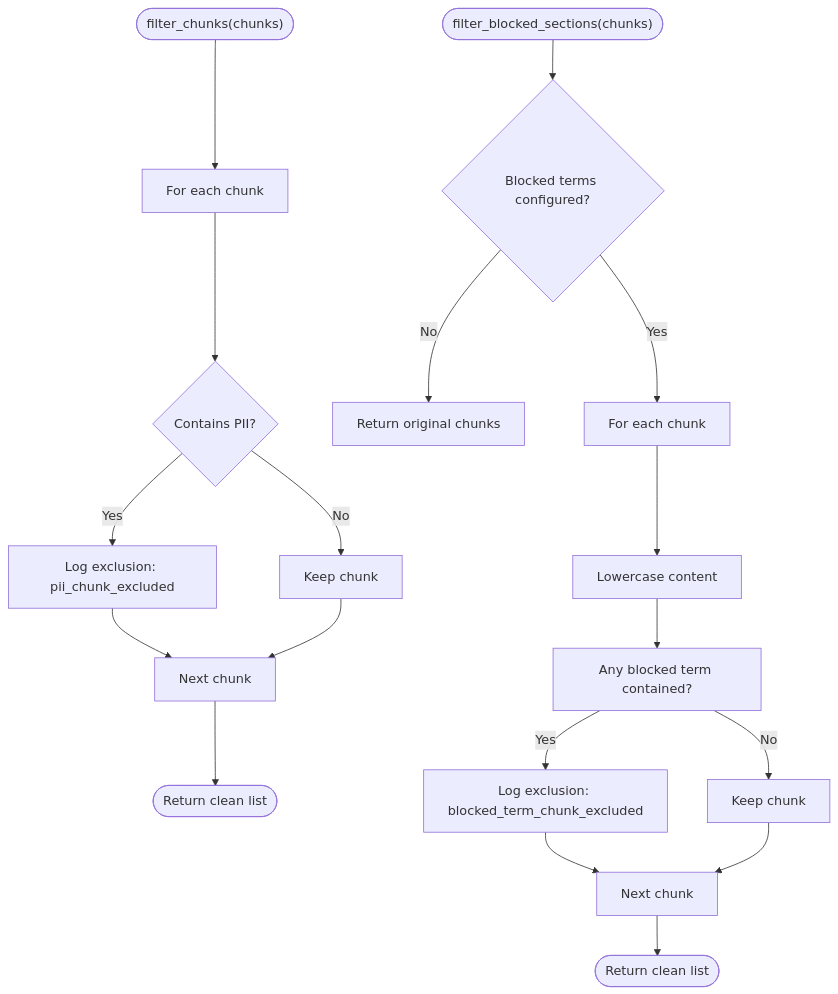
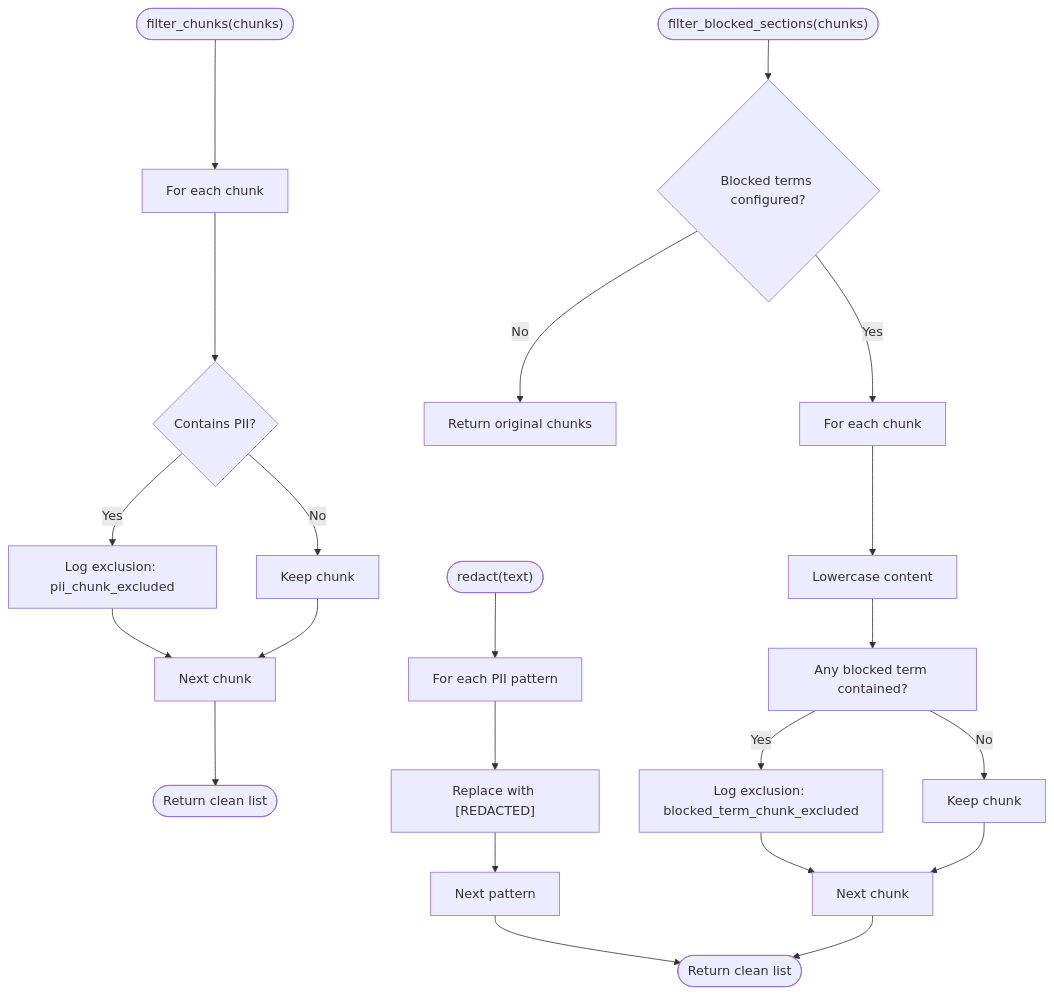
The fourth of 9 diagrams in .qoder/repowiki/en/content/Backend Development/Security and Middleware/Content Filtering.md (genes8/private-ai), drawn with Mermaid before and after one commit. The commit also changed other lines of this file and 55 other files, not shown here.

````diff
--- a/.qoder/repowiki/en/content/Backend Development/Security and Middleware/Content Filtering.md
+++ b/.qoder/repowiki/en/content/Backend Development/Security and Middleware/Content Filtering.md
@@ -182,20 +202,24 @@
 ```mermaid
 flowchart TD
 Start(["filter_chunks(chunks)"]) --> Loop["For each chunk"]
 Loop --> PII{"Contains PII?"}
 PII --> |Yes| LogPII["Log exclusion: pii_chunk_excluded"]
 LogPII --> Next["Next chunk"]
 PII --> |No| Keep["Keep chunk"]
 Keep --> Next
 Next --> Done(["Return clean list"])
-Start2(["filter_blocked_sections(chunks)"]) --> CheckTerms{"Blocked terms configured?"}
+Start2(["redact(text)"]) --> RedactLoop["For each PII pattern"]
+RedactLoop --> Replace["Replace with [REDACTED]"]
+Replace --> NextPattern["Next pattern"]
+NextPattern --> Done2(["Return redacted text"])
+Start3(["filter_blocked_sections(chunks)"]) --> CheckTerms{"Blocked terms configured?"}
 CheckTerms --> |No| ReturnAll["Return original chunks"]
 CheckTerms --> |Yes| Loop2["For each chunk"]
 Loop2 --> Lower["Lowercase content"]
 Lower --> Match["Any blocked term contained?"]
 Match --> |Yes| LogTerm["Log exclusion: blocked_term_chunk_excluded"]
 LogTerm --> Next2["Next chunk"]
 Match --> |No| Keep2["Keep chunk"]
 Keep2 --> Next2
 Next2 --> Done2(["Return clean list"])
 ```
````
